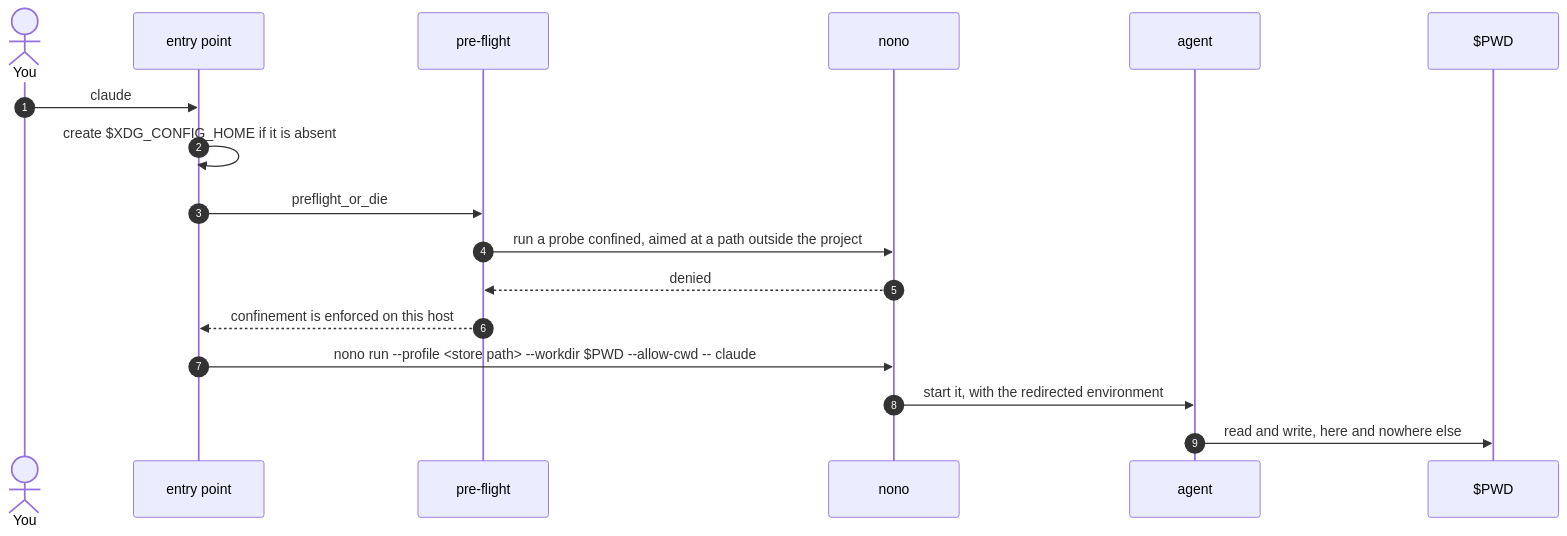
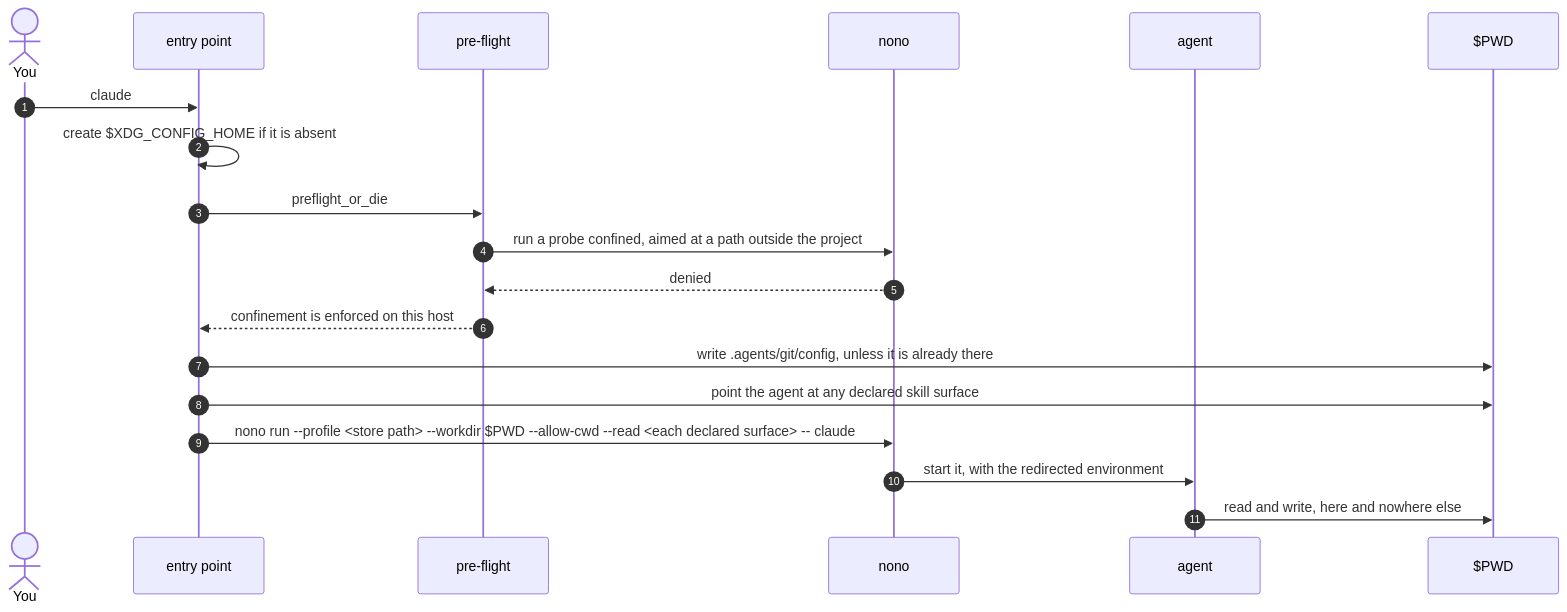
Before and after one commit to GRBurst/agent-sandbox: the third of 5 diagrams in README.md, drawn with Mermaid. The commit also changed other lines of this file and 15 other files, not shown here.

````diff
--- a/README.md
+++ b/README.md
@@ -107,20 +117,22 @@
 ```mermaid
 sequenceDiagram
     autonumber
     actor you as You
     participant entry as entry point
     participant pre as pre-flight
     participant nono
     participant agent
     participant project as $PWD
 
     you->>entry: claude
     entry->>entry: create $XDG_CONFIG_HOME if it is absent
     entry->>pre: preflight_or_die
     pre->>nono: run a probe confined, aimed at a path outside the project
     nono-->>pre: denied
     pre-->>entry: confinement is enforced on this host
-    entry->>nono: nono run --profile <store path> --workdir $PWD --allow-cwd -- claude
+    entry->>project: write .agents/git/config, unless it is already there
+    entry->>project: point the agent at any declared skill surface
+    entry->>nono: nono run --profile <store path> --workdir $PWD --allow-cwd --read <each declared surface> -- claude
     nono->>agent: start it, with the redirected environment
     agent->>project: read and write, here and nowhere else
 ```
````
